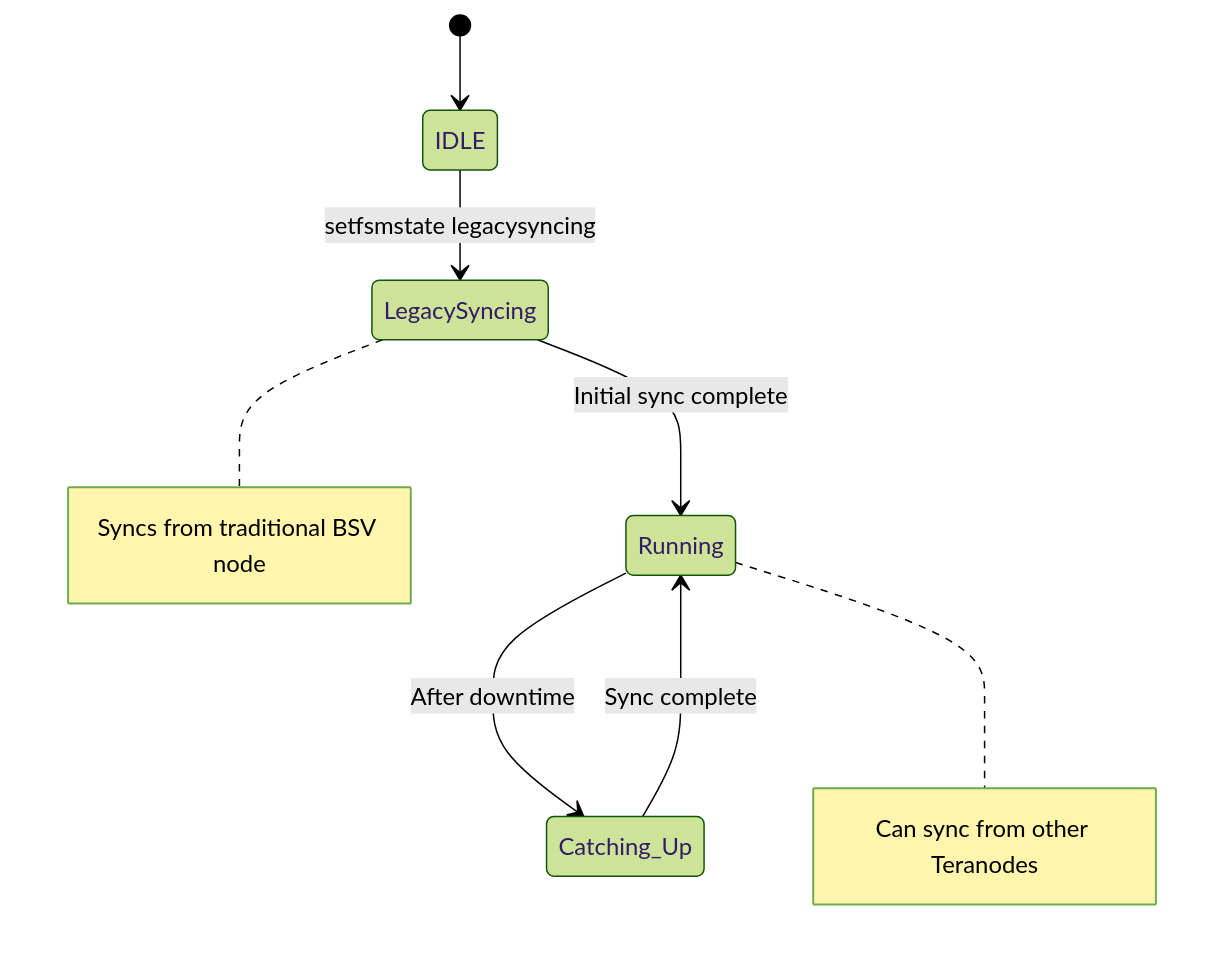
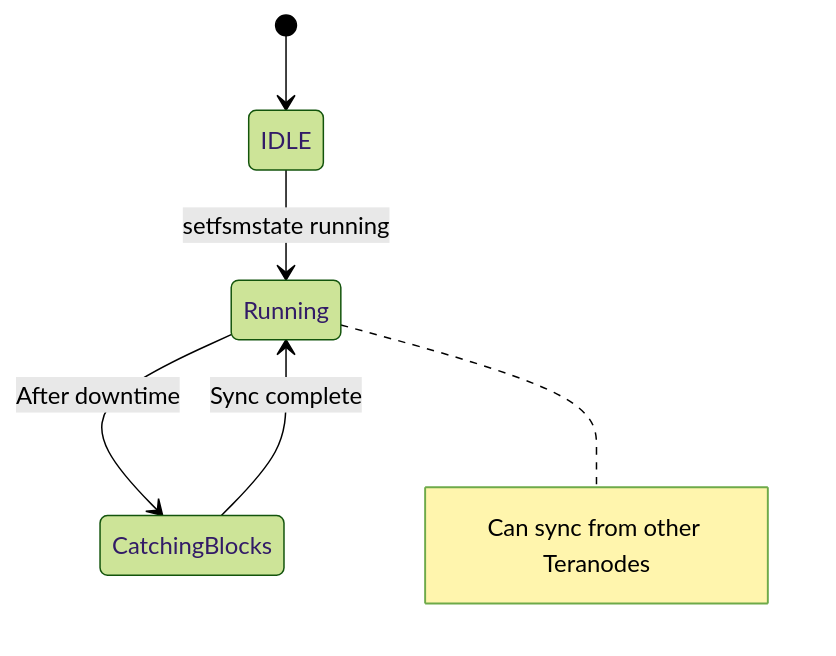
Before and after one commit to icellan/teranode: the diagram in howto/miners/img/mermaid/syncStateFlow.mermaid, drawn with Mermaid (forest theme). The commit also changed 250 other files, not shown here.

```diff
--- a/howto/miners/img/mermaid/syncStateFlow.mermaid
+++ b/howto/miners/img/mermaid/syncStateFlow.mermaid
@@ -1,14 +1,9 @@
 stateDiagram-v2
     [*] --> IDLE
-    IDLE --> LegacySyncing: setfsmstate legacysyncing
-    LegacySyncing --> Running: Initial sync complete
-    Running --> Catching_Up: After downtime
-    Catching_Up --> Running: Sync complete
-
-    note right of LegacySyncing
-        Syncs from traditional BSV node
-    end note
+    IDLE --> Running: setfsmstate running
+    Running --> CatchingBlocks: After downtime
+    CatchingBlocks --> Running: Sync complete
 
     note right of Running
         Can sync from other Teranodes
     end note
```
